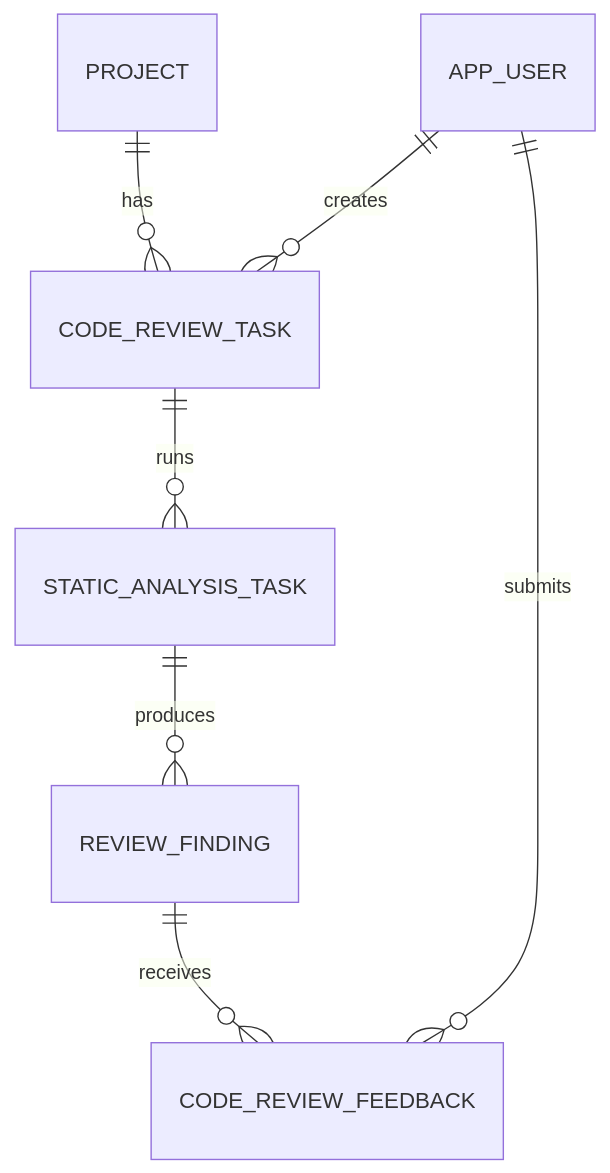
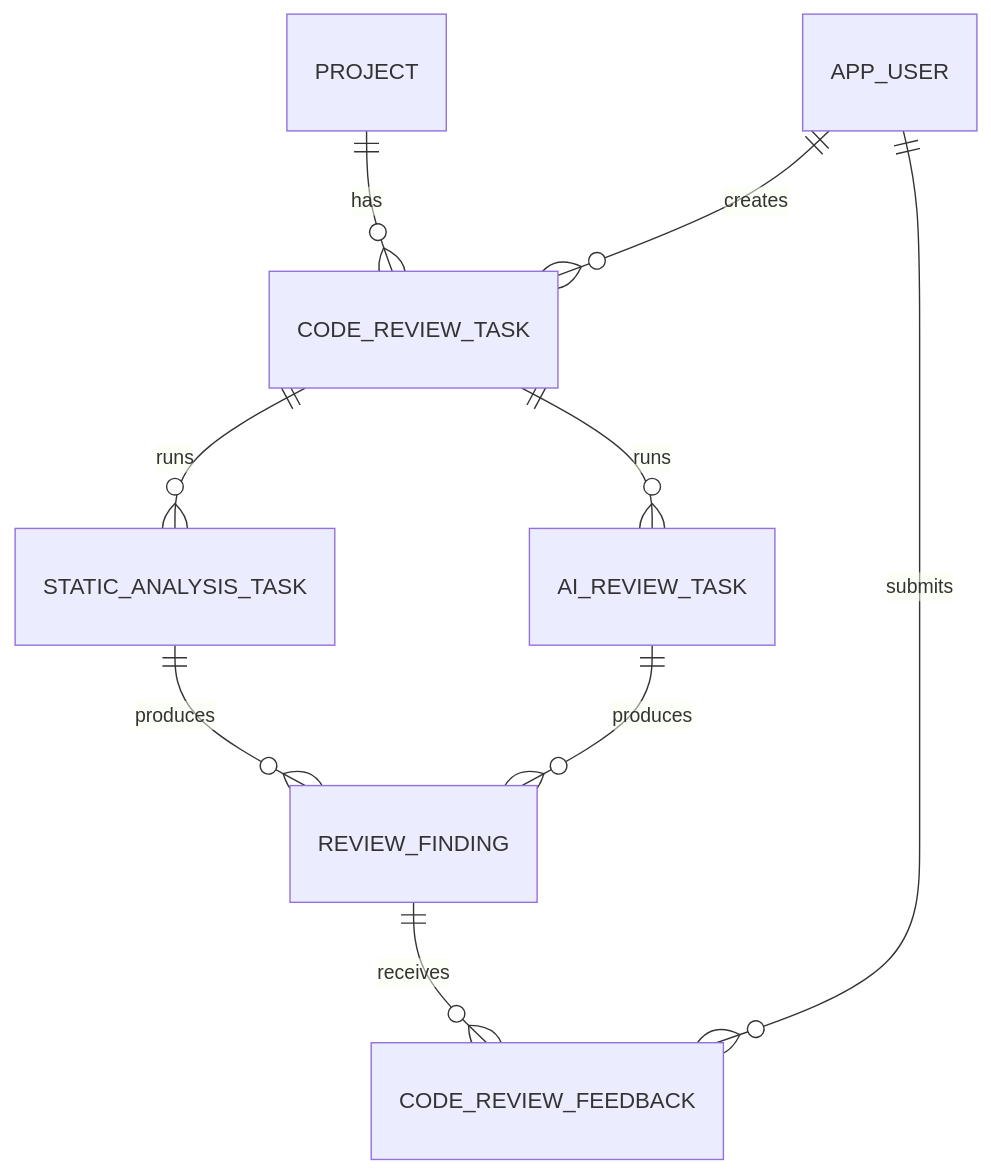
Before and after one commit to MMDXTMM/devmate-ai: the second of 2 diagrams in docs/DATABASE_DESIGN.md, drawn with Mermaid. The commit also changed other lines of this file and 49 other files, not shown here.

Commit message:
feat: add evidence-grounded AI code review

````diff
--- a/docs/DATABASE_DESIGN.md
+++ b/docs/DATABASE_DESIGN.md
@@ -234,9 +252,11 @@
 ```mermaid
 erDiagram
     PROJECT ||--o{ CODE_REVIEW_TASK : has
     APP_USER ||--o{ CODE_REVIEW_TASK : creates
     CODE_REVIEW_TASK ||--o{ STATIC_ANALYSIS_TASK : runs
     STATIC_ANALYSIS_TASK ||--o{ REVIEW_FINDING : produces
+    CODE_REVIEW_TASK ||--o{ AI_REVIEW_TASK : runs
+    AI_REVIEW_TASK ||--o{ REVIEW_FINDING : produces
     REVIEW_FINDING ||--o{ CODE_REVIEW_FEEDBACK : receives
     APP_USER ||--o{ CODE_REVIEW_FEEDBACK : submits
 ```
````
